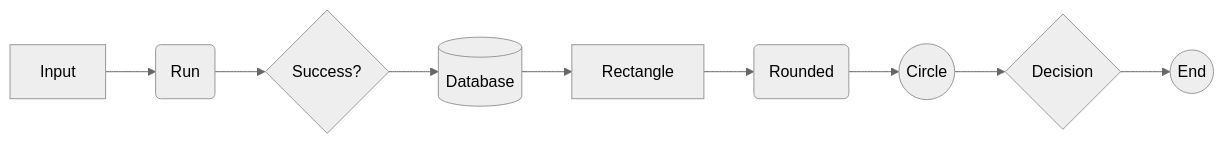
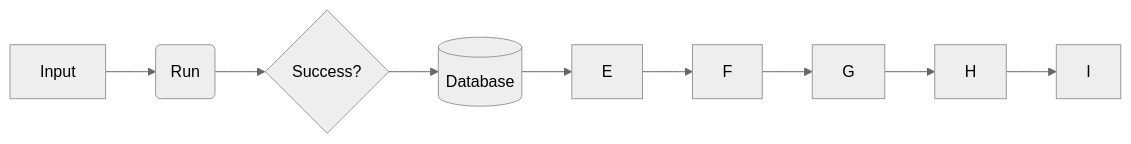
One commit to punitkatiyar/markdown-master-guide changed the first of 2 diagrams in 03.diagrams/readme.md. Above: the diagram before and after it, drawn with Mermaid (neutral theme). The commit also changed other lines of this file, not shown here.

````diff
--- a/03.diagrams/readme.md
+++ b/03.diagrams/readme.md
@@ -14,21 +14,15 @@
 ```mermaid
 flowchart LR
 A[Input]
 B(Run)
 C{Success?}
 D[(Database)]
-E[Rectangle]
-F(Rounded)
-G((Circle))
-H{Decision}
-I((End))
-
 A --> B
 B --> C
 C --> D
 D --> E
 E --> F
 F --> G
 G --> H
 H --> I
 ```
````
